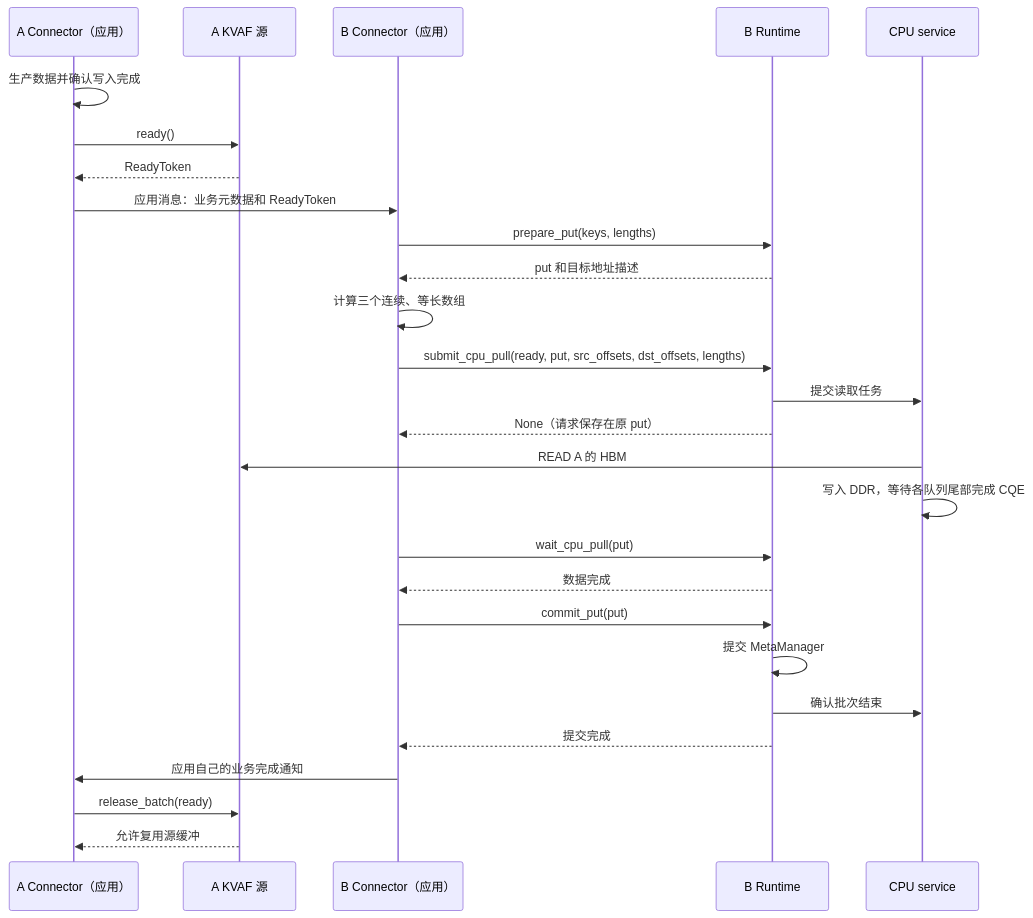
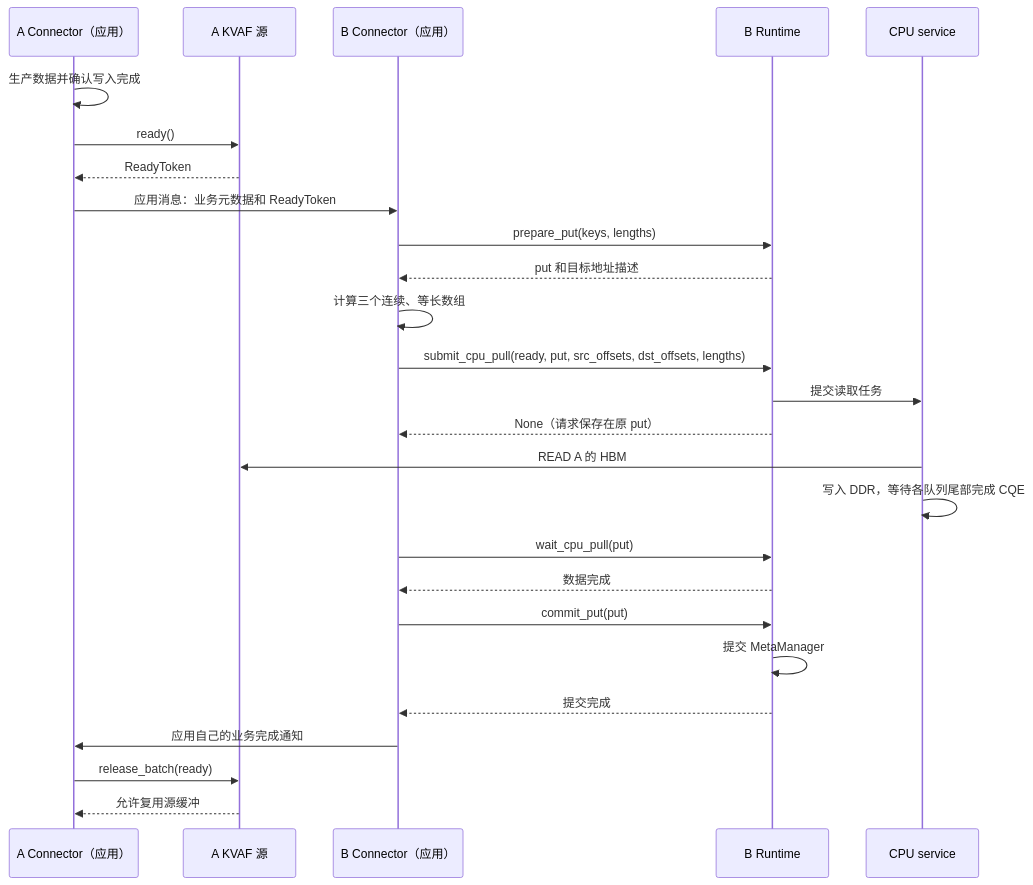
One commit to zxdgongjue-spec/KVAF changed the second of 3 diagrams in docs/connector_pull_api_design.md. Above: the diagram before and after it, drawn with Mermaid. The commit also changed other lines of this file and 25 other files, not shown here.

````diff
--- a/docs/connector_pull_api_design.md
+++ b/docs/connector_pull_api_design.md
@@ -423,30 +423,29 @@
 ```mermaid
 sequenceDiagram
     participant AC as A Connector（应用）
     participant AS as A KVAF 源
     participant BC as B Connector（应用）
     participant BR as B Runtime
     participant CPU as CPU service
 
     AC->>AC: 生产数据并确认写入完成
     AC->>AS: ready()
     AS-->>AC: ReadyToken
     AC->>BC: 应用消息：业务元数据和 ReadyToken
     BC->>BR: prepare_put(keys, lengths)
     BR-->>BC: put 和目标地址描述
     BC->>BC: 计算三个连续、等长数组
     BC->>BR: submit_cpu_pull(ready, put, src_offsets, dst_offsets, lengths)
     BR->>CPU: 提交读取任务
     BR-->>BC: None（请求保存在原 put）
     CPU->>AS: READ A 的 HBM
     CPU->>CPU: 写入 DDR，等待各队列尾部完成 CQE
     BC->>BR: wait_cpu_pull(put)
     BR-->>BC: 数据完成
     BC->>BR: commit_put(put)
     BR->>BR: 提交 MetaManager
-    BR->>CPU: 确认批次结束
     BR-->>BC: 提交完成
     BC->>AC: 应用自己的业务完成通知
     AC->>AS: release_batch(ready)
     AS-->>AC: 允许复用源缓冲
 ```
````
